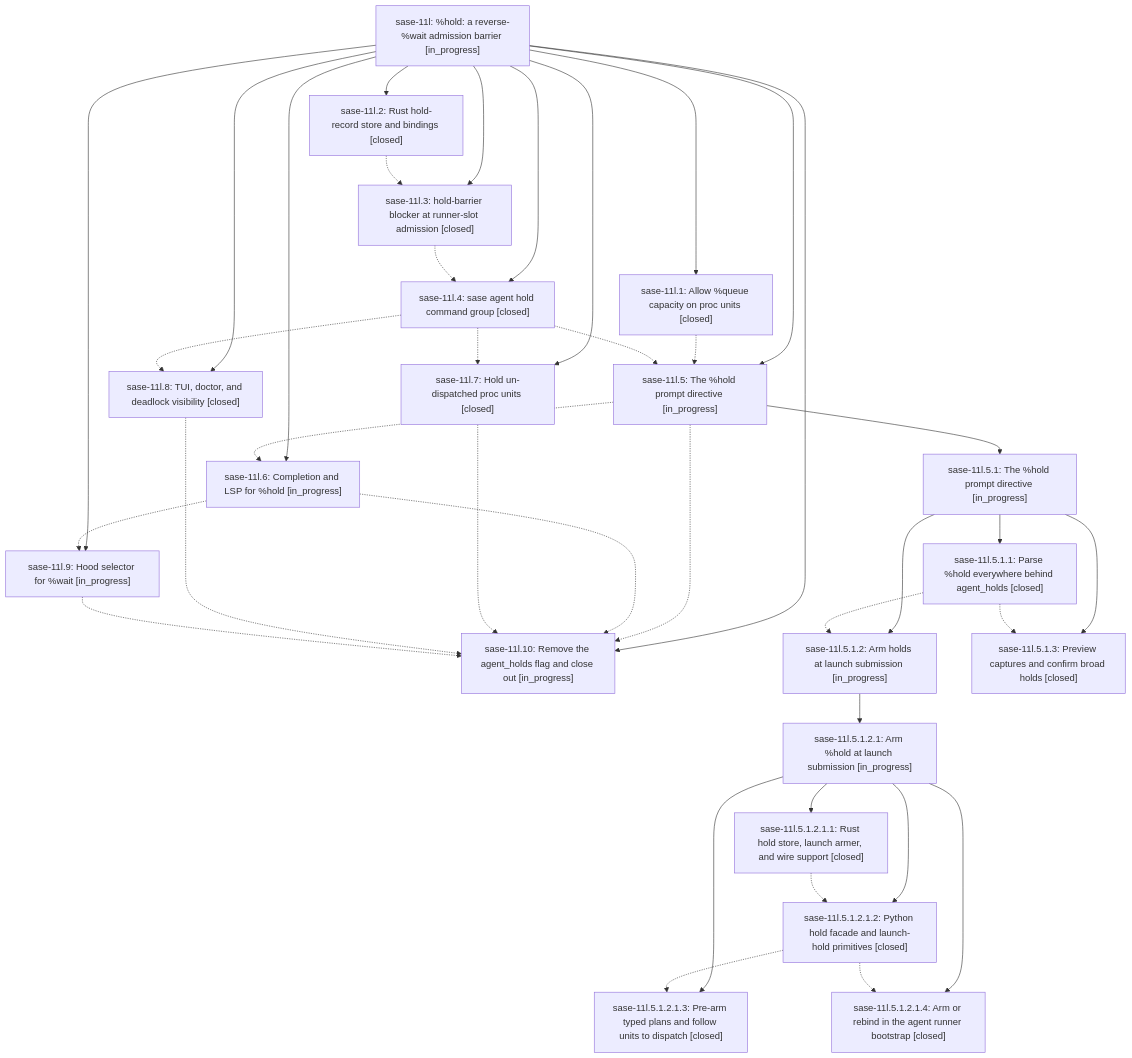
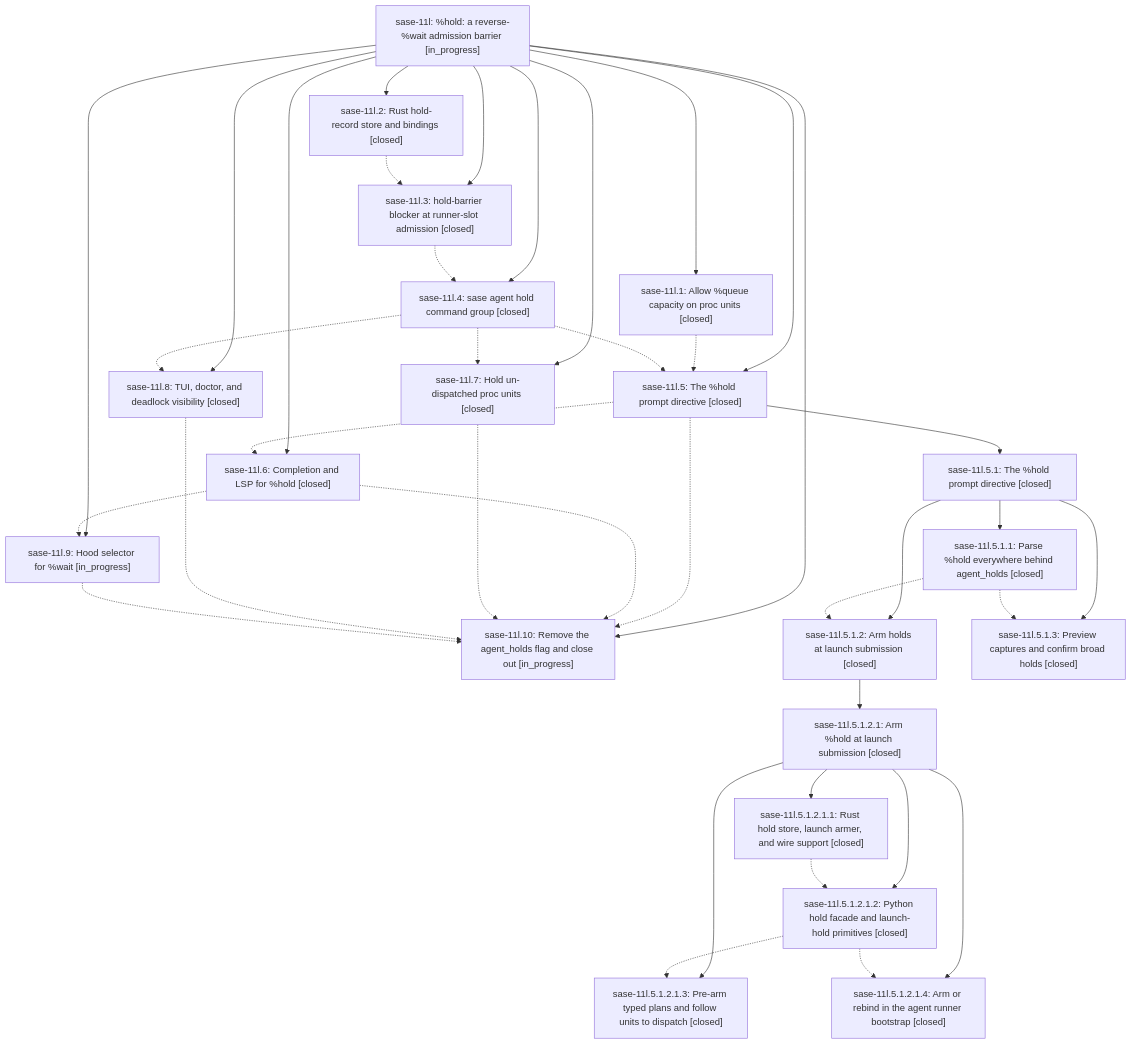
Before and after one commit to sase-org/sase--beads: the diagram in pages/sase-11l/README.md, drawn with Mermaid. The commit also changed other lines of this file and 10 other files, not shown here.

````diff
--- a/pages/sase-11l/README.md
+++ b/pages/sase-11l/README.md
@@ -43,60 +43,60 @@
 ```mermaid
 flowchart TD
     n0["sase-11l: %hold: a reverse-%wait admission barrier [in_progress]"]
     n1["sase-11l.1: Allow %queue capacity on proc units [closed]"]
     n2["sase-11l.10: Remove the agent_holds flag and close out [in_progress]"]
     n3["sase-11l.2: Rust hold-record store and bindings [closed]"]
     n4["sase-11l.3: hold-barrier blocker at runner-slot admission [closed]"]
     n5["sase-11l.4: sase agent hold command group [closed]"]
-    n6["sase-11l.5: The %hold prompt directive [in_progress]"]
-    n7["sase-11l.5.1: The %hold prompt directive [in_progress]"]
+    n6["sase-11l.5: The %hold prompt directive [closed]"]
+    n7["sase-11l.5.1: The %hold prompt directive [closed]"]
     n8["sase-11l.5.1.1: Parse %hold everywhere behind agent_holds [closed]"]
-    n9["sase-11l.5.1.2: Arm holds at launch submission [in_progress]"]
-    n10["sase-11l.5.1.2.1: Arm %hold at launch submission [in_progress]"]
+    n9["sase-11l.5.1.2: Arm holds at launch submission [closed]"]
+    n10["sase-11l.5.1.2.1: Arm %hold at launch submission [closed]"]
     n11["sase-11l.5.1.2.1.1: Rust hold store, launch armer, and wire support [closed]"]
     n12["sase-11l.5.1.2.1.2: Python hold facade and launch-hold primitives [closed]"]
     n13["sase-11l.5.1.2.1.3: Pre-arm typed plans and follow units to dispatch [closed]"]
     n14["sase-11l.5.1.2.1.4: Arm or rebind in the agent runner bootstrap [closed]"]
     n15["sase-11l.5.1.3: Preview captures and confirm broad holds [closed]"]
-    n16["sase-11l.6: Completion and LSP for %hold [in_progress]"]
+    n16["sase-11l.6: Completion and LSP for %hold [closed]"]
     n17["sase-11l.7: Hold un-dispatched proc units [closed]"]
     n18["sase-11l.8: TUI, doctor, and deadlock visibility [closed]"]
     n19["sase-11l.9: Hood selector for %wait [in_progress]"]
     n0 --> n1
     n0 --> n2
     n0 --> n3
     n0 --> n4
     n0 --> n5
     n0 --> n6
     n6 --> n7
     n7 --> n8
     n7 --> n9
     n9 --> n10
     n10 --> n11
     n10 --> n12
     n10 --> n13
     n10 --> n14
     n7 --> n15
     n0 --> n16
     n0 --> n17
     n0 --> n18
     n0 --> n19
     n1 -.-> n6
     n3 -.-> n4
     n4 -.-> n5
     n5 -.-> n6
     n5 -.-> n17
     n5 -.-> n18
     n6 -.-> n2
     n6 -.-> n16
     n8 -.-> n9
     n8 -.-> n15
     n11 -.-> n12
     n12 -.-> n13
     n12 -.-> n14
     n16 -.-> n2
     n16 -.-> n19
     n17 -.-> n2
     n18 -.-> n2
     n19 -.-> n2
 ```
````
